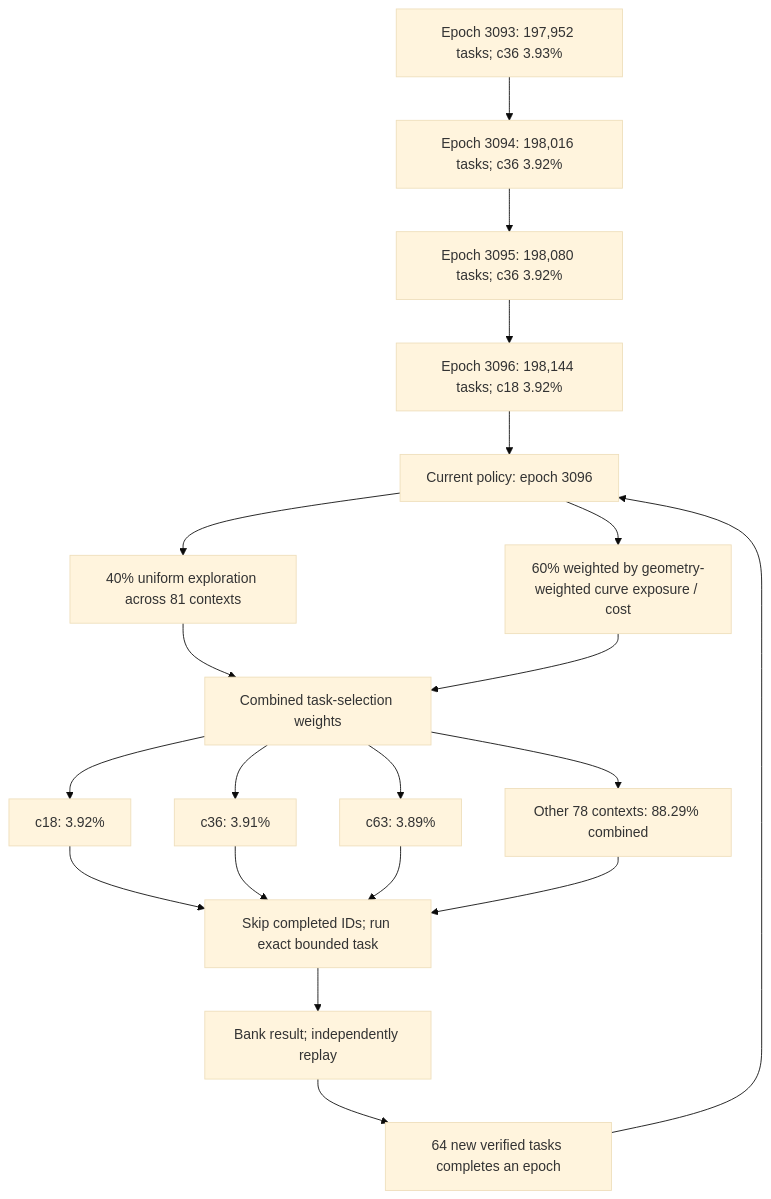
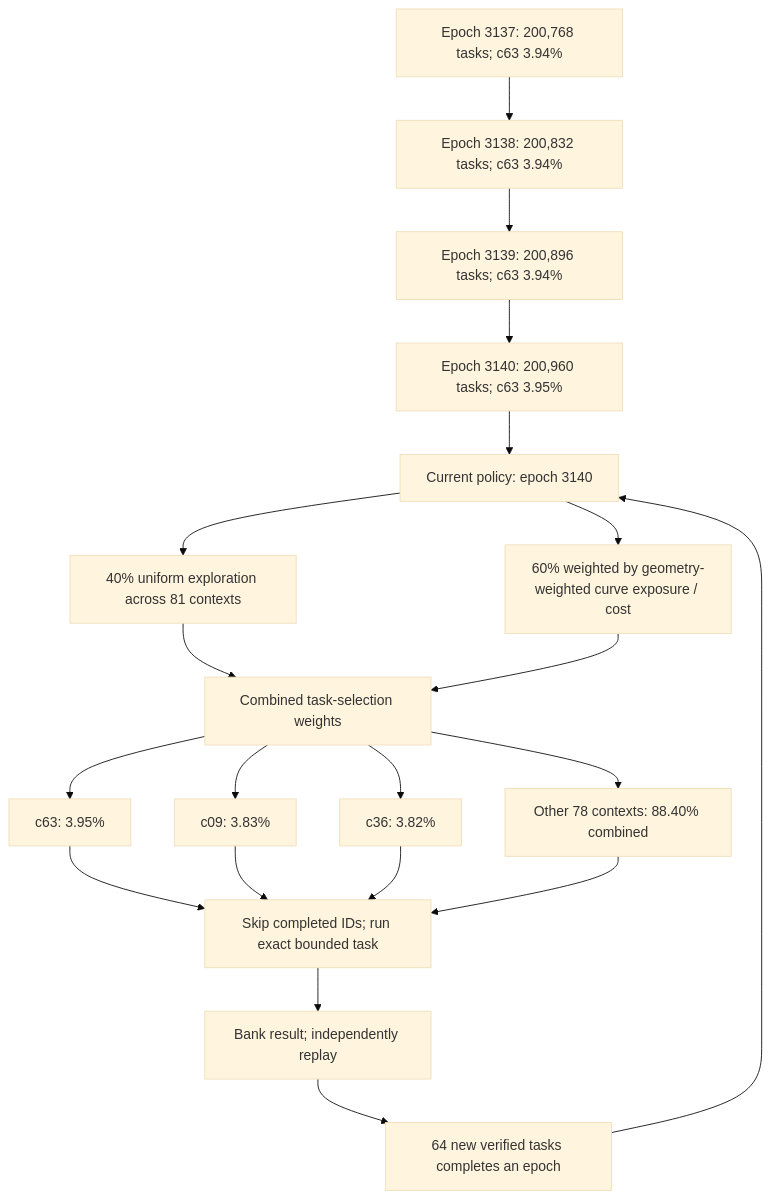
One commit to Kuberwastaken/math-gambling changed the first of 3 diagrams in README.md. Above: the diagram before and after it, drawn with Mermaid (base theme). The commit also changed other lines of this file and 5471 other files, not shown here.

````diff
--- a/README.md
+++ b/README.md
@@ -59,27 +60,27 @@
 ```mermaid
 flowchart TD
-    H0["Epoch 3093: 197,952 tasks; c36 3.93%"]
-    H1["Epoch 3094: 198,016 tasks; c36 3.92%"]
+    H0["Epoch 3137: 200,768 tasks; c63 3.94%"]
+    H1["Epoch 3138: 200,832 tasks; c63 3.94%"]
     H0 --> H1
-    H2["Epoch 3095: 198,080 tasks; c36 3.92%"]
+    H2["Epoch 3139: 200,896 tasks; c63 3.94%"]
     H1 --> H2
-    H3["Epoch 3096: 198,144 tasks; c18 3.92%"]
+    H3["Epoch 3140: 200,960 tasks; c63 3.95%"]
     H2 --> H3
-    Policy["Current policy: epoch 3096"]
+    Policy["Current policy: epoch 3140"]
     H3 --> Policy
     Policy --> Explore["40% uniform exploration across 81 contexts"]
     Policy --> Cost["60% weighted by geometry-weighted curve exposure / cost"]
     Explore --> Mix["Combined task-selection weights"]
     Cost --> Mix
-    Mix --> C0["c18: 3.92%"]
-    Mix --> C1["c36: 3.91%"]
-    Mix --> C2["c63: 3.89%"]
-    Mix --> Rest["Other 78 contexts: 88.29% combined"]
+    Mix --> C0["c63: 3.95%"]
+    Mix --> C1["c09: 3.83%"]
+    Mix --> C2["c36: 3.82%"]
+    Mix --> Rest["Other 78 contexts: 88.40% combined"]
     C0 --> Check["Skip completed IDs; run exact bounded task"]
     C1 --> Check
     C2 --> Check
     Rest --> Check
     Check --> Replay["Bank result; independently replay"]
     Replay --> Gate["64 new verified tasks completes an epoch"]
     Gate --> Policy
 ```
````
